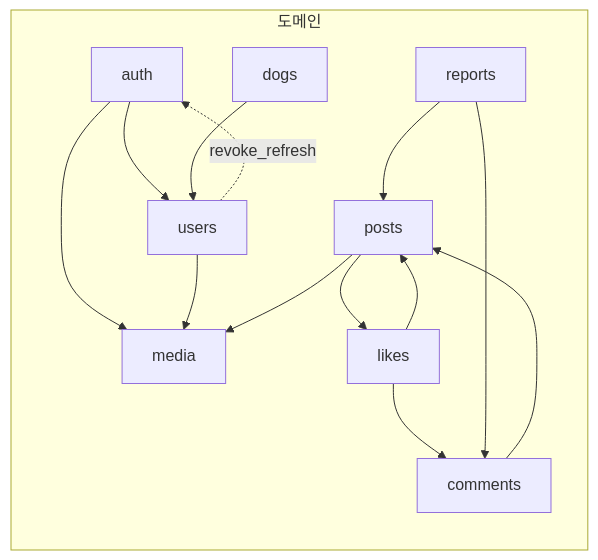
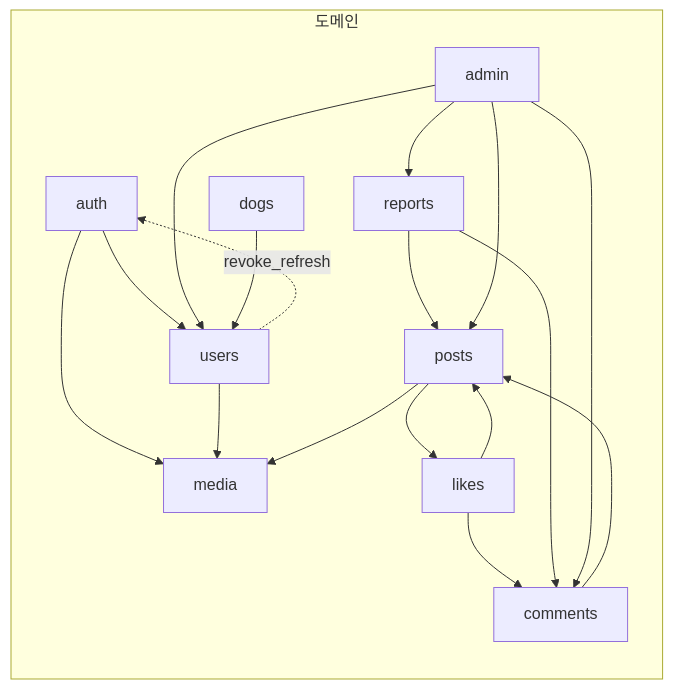
One commit to kyjness/2-kyjness-community-be changed the first of 3 diagrams in docs/architecture.md. Above: the diagram before and after it, drawn with Mermaid. The commit also changed other lines of this file and 98 other files, not shown here.

````diff
--- a/docs/architecture.md
+++ b/docs/architecture.md
@@ -60,26 +60,31 @@
 ```mermaid
 flowchart LR
     subgraph 도메인["도메인"]
         auth[auth]
         users[users]
         posts[posts]
         comments[comments]
         likes[likes]
         media[media]
         reports[reports]
+        admin[admin]
         dogs[dogs]
     end
 
     auth --> users
     auth --> media
     users --> media
     users -.->|revoke_refresh| auth
     posts --> media
     posts --> likes
     comments --> posts
     likes --> posts
     likes --> comments
     reports --> posts
     reports --> comments
+    admin --> posts
+    admin --> comments
+    admin --> users
+    admin --> reports
     dogs --> users
 ```
````
